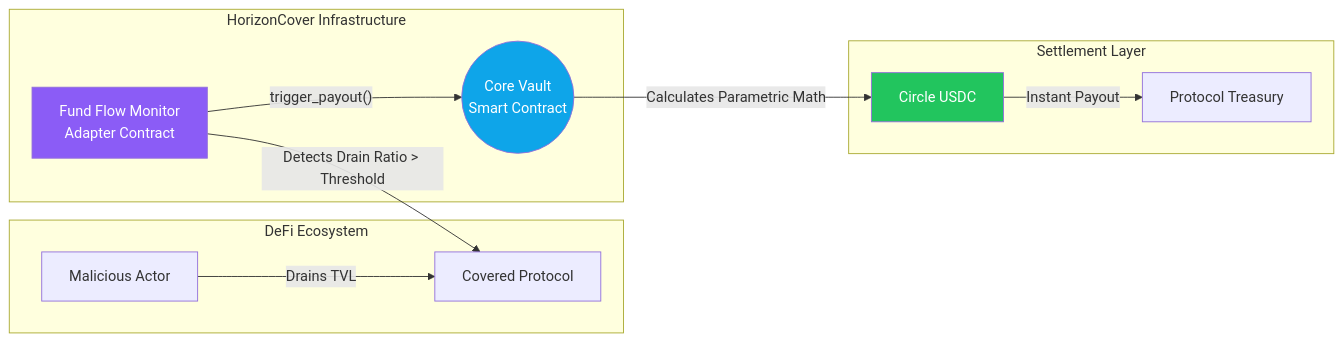
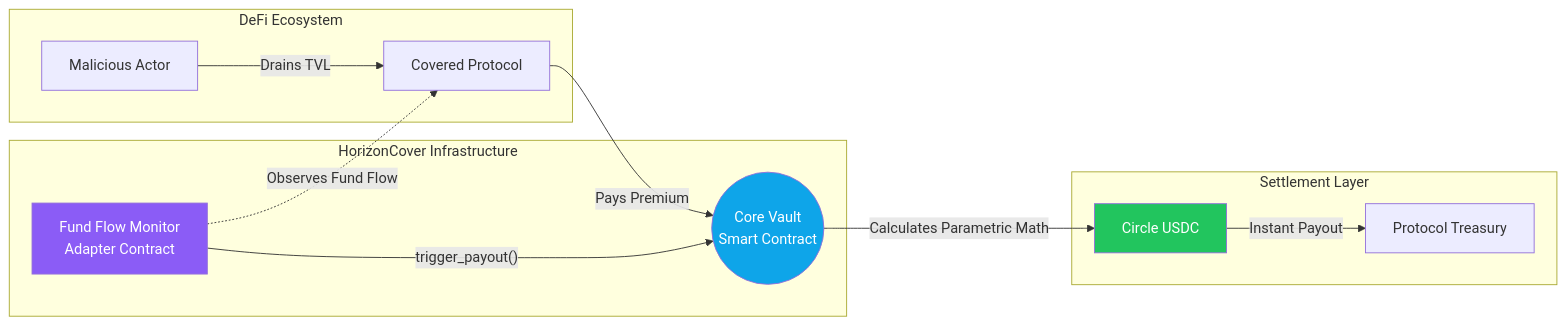
Before and after one commit to AtlasCrypt/HorizonCover: the diagram in README.md, drawn with Mermaid.

````diff
--- a/README.md
+++ b/README.md
@@ -39,27 +39,28 @@
 ```mermaid
 graph LR
     subgraph "DeFi Ecosystem"
         Target["Covered Protocol"]
         Exploiter["Malicious Actor"]
     end
 
     subgraph "HorizonCover Infrastructure"
         Monitor["Fund Flow Monitor<br/>Adapter Contract"]
         Vault(("Core Vault<br/>Smart Contract"))
     end
 
     subgraph "Settlement Layer"
         Treasury["Protocol Treasury"]
         USDC["Circle USDC"]
     end
 
+    Target -- "Pays Premium" --> Vault
     Exploiter -- "Drains TVL" --> Target
-    Monitor -- "Detects Drain Ratio > Threshold" --> Target
+    Monitor -. "Observes Fund Flow" .-> Target
     Monitor -- "trigger_payout()" --> Vault
     Vault -- "Calculates Parametric Math" --> USDC
     USDC -- "Instant Payout" --> Treasury
 
     style Vault fill:#0ea5e9,color:#fff
     style Monitor fill:#8b5cf6,color:#fff
     style USDC fill:#22c55e,color:#fff
 ```
````
